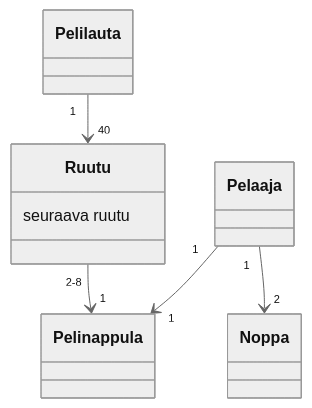
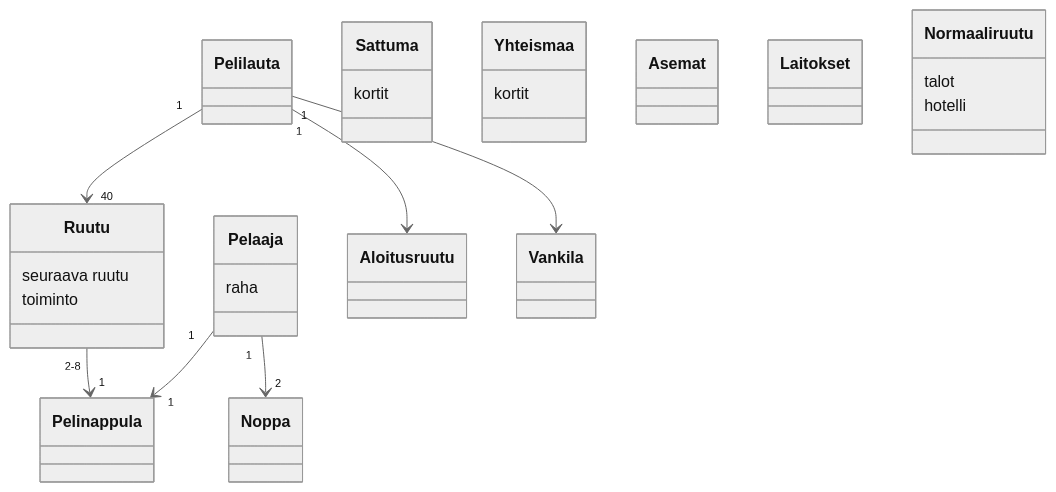
Before and after one commit to iritmaximus/ot-harjoitustyo: the diagram in laskarit/viikko3/monopoli.md, drawn with Mermaid (neutral theme).

Commit message:
class things

````diff
--- a/laskarit/viikko3/monopoli.md
+++ b/laskarit/viikko3/monopoli.md
@@ -5,11 +5,32 @@
 ```mermaid
  classDiagram
       Pelilauta "1" --> "40" Ruutu
       Ruutu "2-8" --> "1" Pelinappula
       Pelaaja "1" --> "1" Pelinappula
       Pelaaja "1" --> "2" Noppa
+      Pelilauta "1" --> Aloitusruutu
+      Pelilauta "1" --> Vankila
 
+      class Pelilauta
+      class Pelaaja{
+          raha
+      }
       class Ruutu{
           seuraava ruutu
+          toiminto
+      }
+      class Aloitusruutu
+      class Vankila
+      class Sattuma{
+          kortit
+      }
+      class Yhteismaa{
+          kortit
+      }
+      class Asemat
+      class Laitokset
+      class Normaaliruutu{
+          talot
+          hotelli
       }
 ```
````
